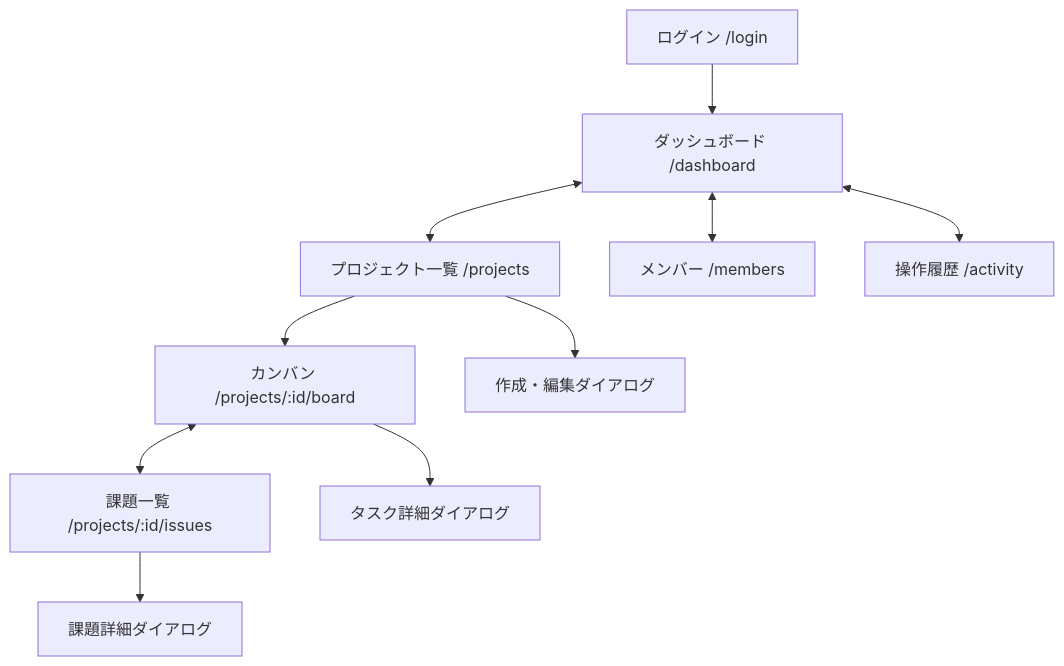
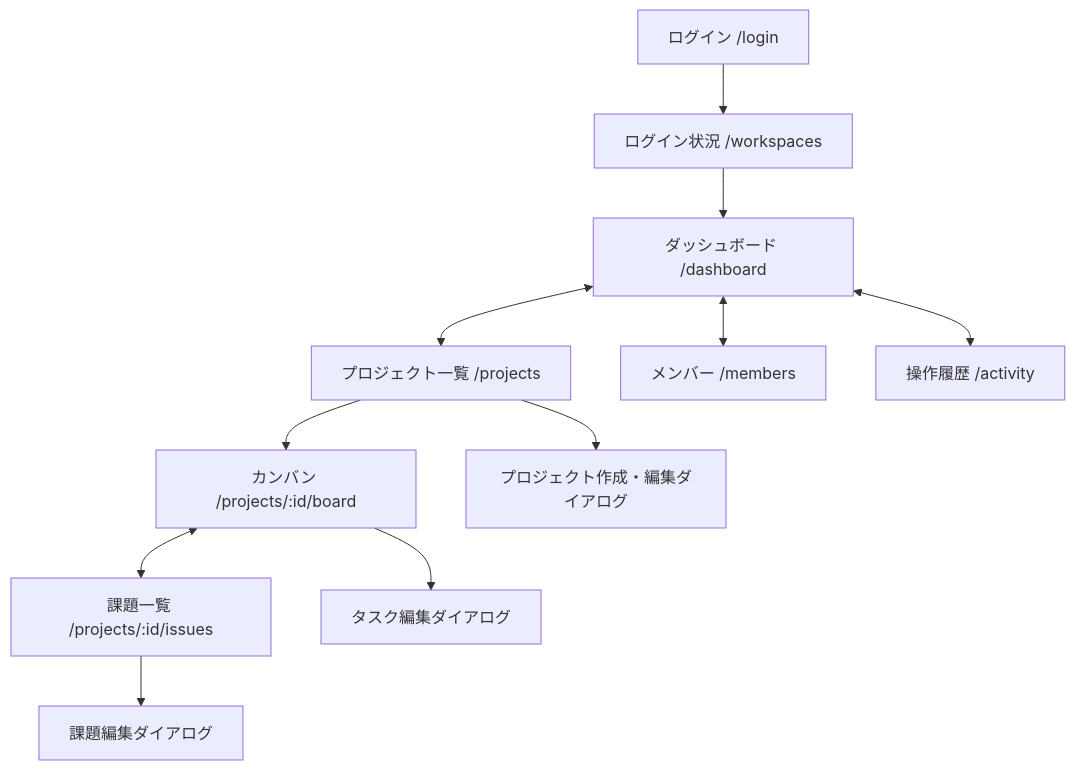
The second of 2 diagrams in docs/specification.md (kiyohara1021/project-hub), drawn with Mermaid before and after one commit. The commit also changed other lines of this file and 33 other files, not shown here.

````diff
--- a/docs/specification.md
+++ b/docs/specification.md
@@ -34,12 +61,13 @@
 ```mermaid
 flowchart TD
- L[ログイン /login] --> D[ダッシュボード /dashboard]
+ L[ログイン /login] --> W[ログイン状況 /workspaces]
+ W --> D[ダッシュボード /dashboard]
  D <--> P[プロジェクト一覧 /projects]
  P --> K[カンバン /projects/:id/board]
  K <--> I[課題一覧 /projects/:id/issues]
  D <--> M[メンバー /members]
  D <--> A[操作履歴 /activity]
- K --> T[タスク詳細ダイアログ]
- I --> F[課題詳細ダイアログ]
- P --> E[作成・編集ダイアログ]
+ K --> T[タスク編集ダイアログ]
+ I --> F[課題編集ダイアログ]
+ P --> E[プロジェクト作成・編集ダイアログ]
 ```
````
